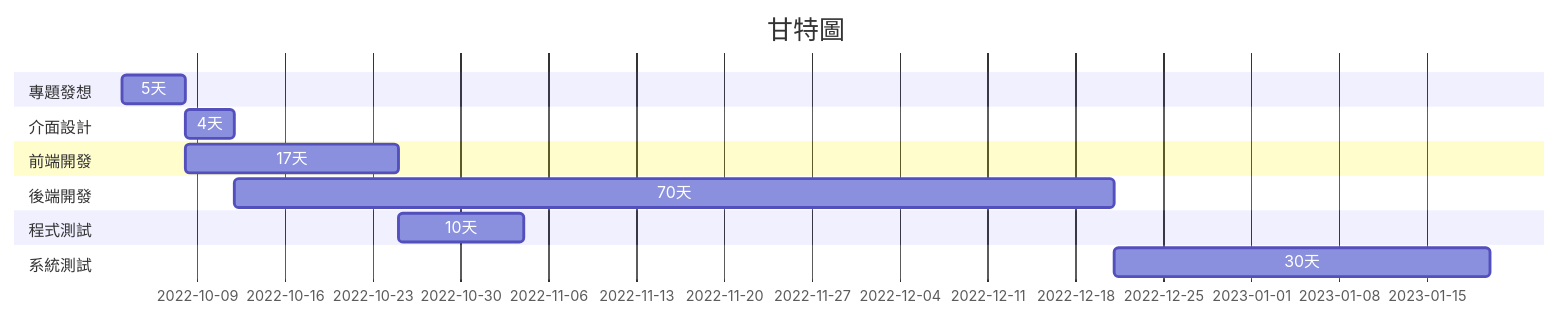
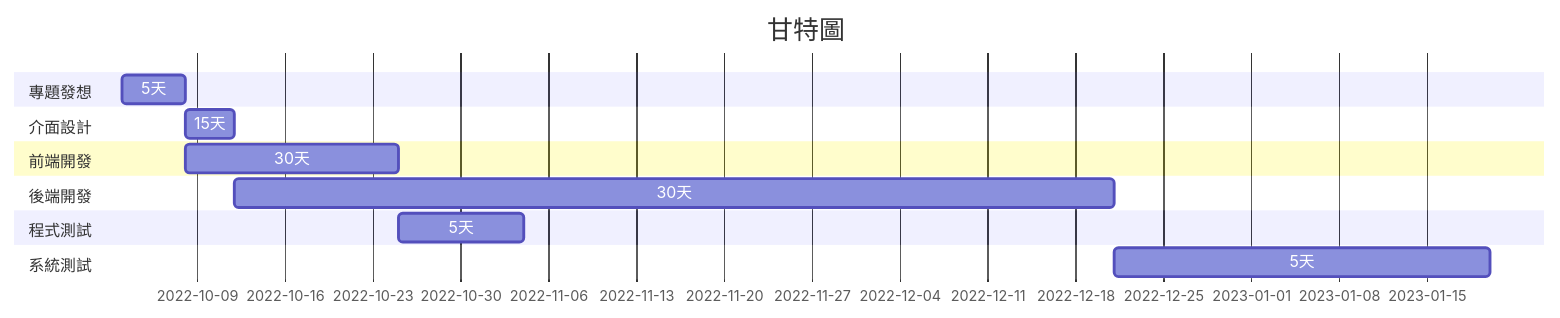
One commit to noman248/Group changed the diagram in README.md. Above: the diagram before and after it, drawn with Mermaid.

````diff
--- a/README.md
+++ b/README.md
@@ -16,22 +16,22 @@
 ```mermaid
 gantt
     title 甘特圖
     section 專題發想
     5天:a1, 2022-10-03, 5d
     
     section 介面設計
-    4天:a2,after a1  , 4d
+    15天:a2,after a1  , 4d
     
     section 前端開發
-    17天:a3,after a1  , 17d
+    30天:a3,after a1  , 17d
     
     section 後端開發
-    70天:a4,after a2  , 70d 
+    30天:a4,after a2  , 70d 
     
     section 程式測試
-    10天:a5,after a3  , 10d
+    5天:a5,after a3  , 10d
     
     section 系統測試
-    30天:a6,after a4  , 30d
+    5天:a6,after a4  , 30d
     
 ```
````
